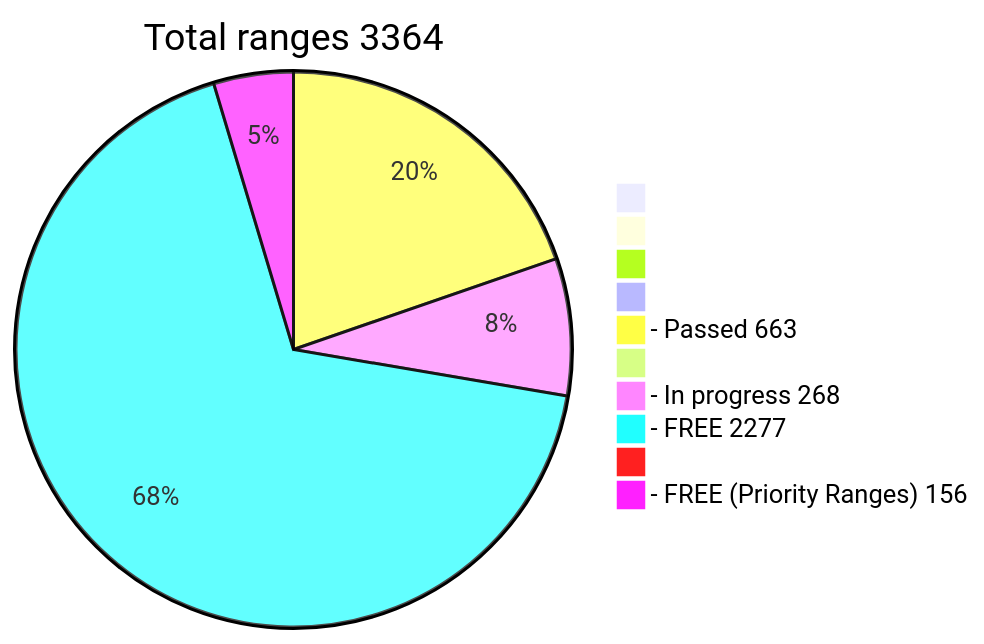
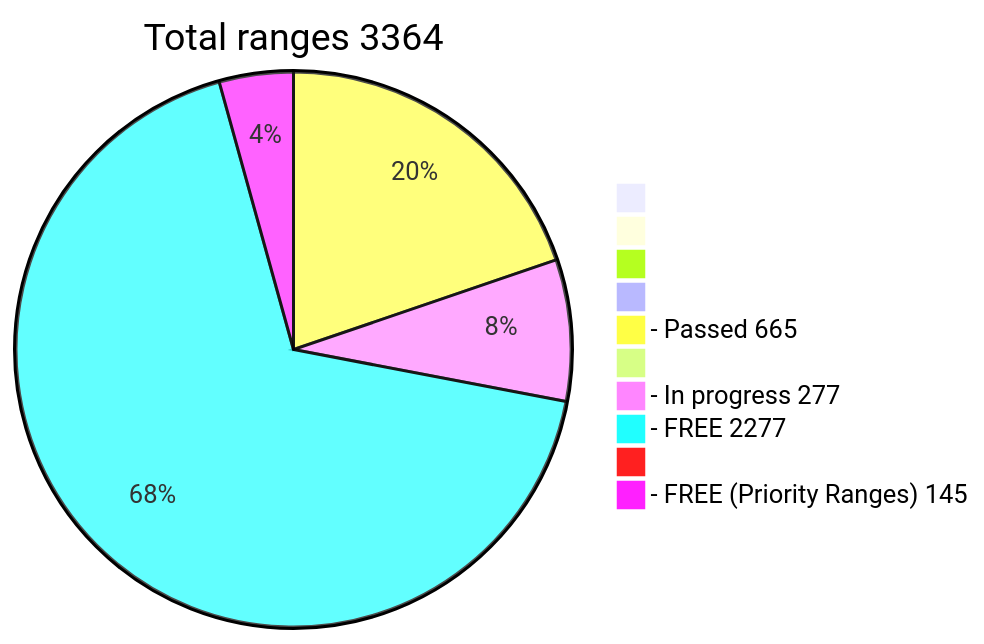
The diagram in README.md (phrutis/wif500), drawn with Mermaid before and after one commit.

````diff
--- a/README.md
+++ b/README.md
@@ -16,13 +16,13 @@
 ```mermaid
 pie title Total ranges 3364
              " " : 0
             "  " : 0
            "   " : 0
           "    " : 0
-  "- Passed 663" : 663
+  "- Passed 665" : 665
          "     " : 0
-  "- In progress 268" : 268
+  "- In progress 277" : 277
    "- FREE 2277" : 2277
         "      " : 0
-  "- FREE (Priority Ranges) 156" : 156
+  "- FREE (Priority Ranges) 145" : 145
 ```
````
